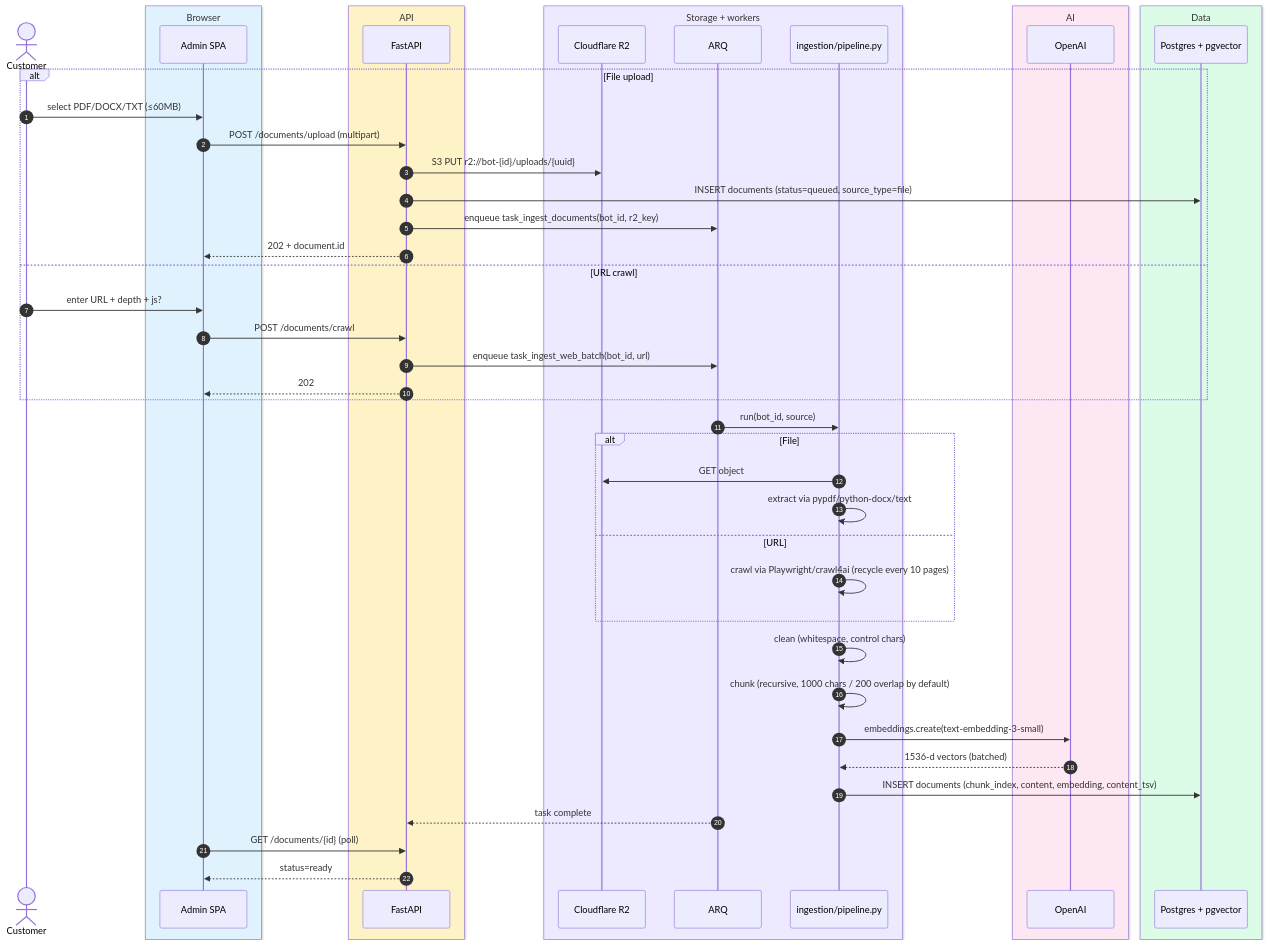
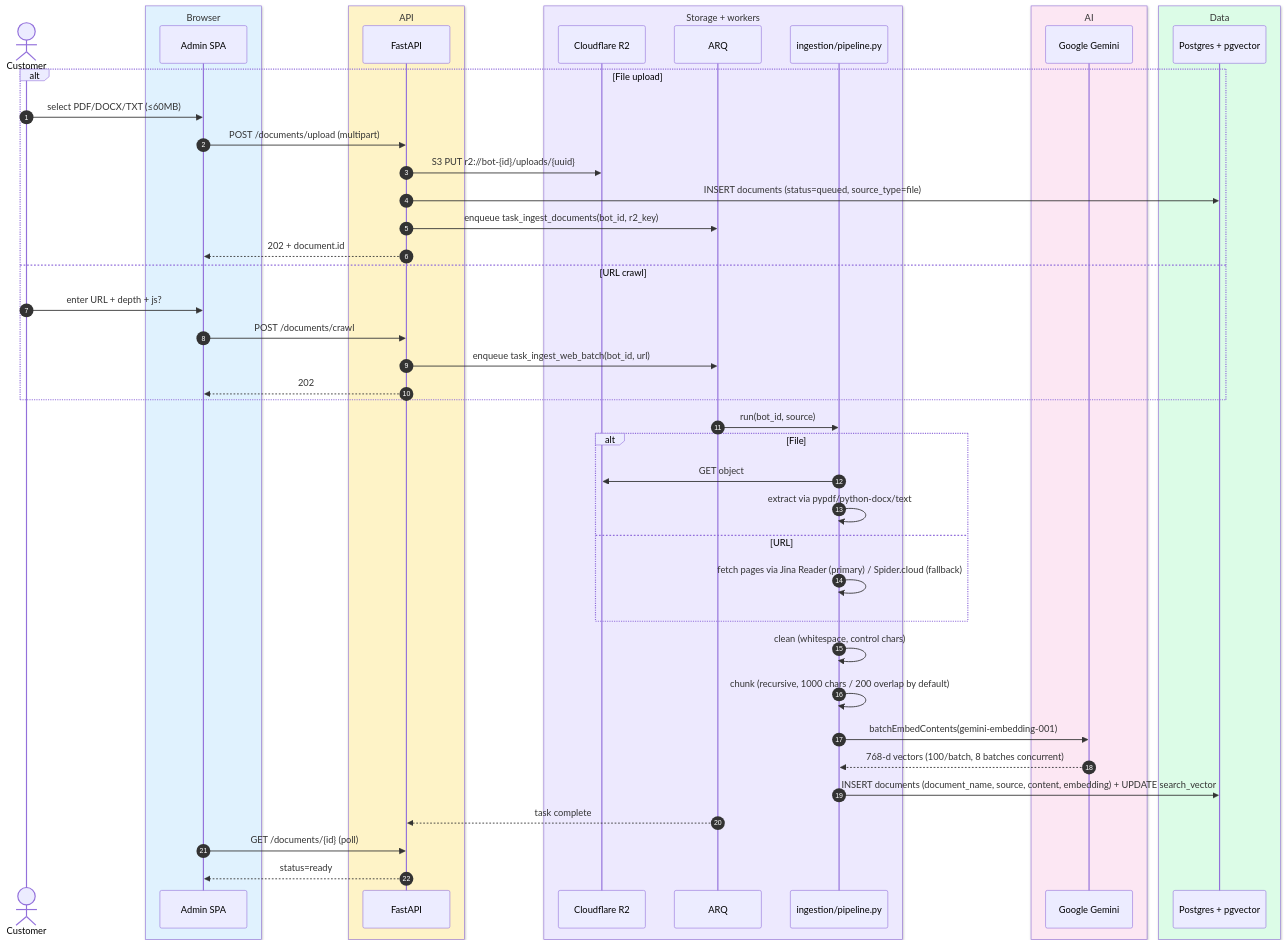
Before and after one commit to digibranders/oye-chats-platform: the diagram in docs/system-design/docs/04-flows/document-ingestion.md, drawn with Mermaid. The commit also changed other lines of this file and 35 other files, not shown here.

First line of the commit message:
docs(system-design): the architecture site described a system two rewrites old

````diff
--- a/docs/system-design/docs/04-flows/document-ingestion.md
+++ b/docs/system-design/docs/04-flows/document-ingestion.md
@@ -11,52 +11,52 @@
 ```mermaid
 sequenceDiagram
     autonumber
     actor Cust as Customer
     box rgb(224,242,254) Browser
       participant Admin as Admin SPA
     end
     box rgb(254,243,199) API
       participant API as FastAPI
     end
     box rgb(237,233,254) Storage + workers
       participant R2 as Cloudflare R2
       participant Worker as ARQ
       participant Pipeline as ingestion/pipeline.py
     end
     box rgb(252,231,243) AI
-      participant OpenAI
+      participant Gemini as Google Gemini
     end
     box rgb(220,252,231) Data
       participant DB as Postgres + pgvector
     end
 
     alt File upload
         Cust->>Admin: select PDF/DOCX/TXT (≤60MB)
         Admin->>API: POST /documents/upload (multipart)
         API->>R2: S3 PUT r2://bot-{id}/uploads/{uuid}
         API->>DB: INSERT documents (status=queued, source_type=file)
         API->>Worker: enqueue task_ingest_documents(bot_id, r2_key)
         API-->>Admin: 202 + document.id
     else URL crawl
         Cust->>Admin: enter URL + depth + js?
         Admin->>API: POST /documents/crawl
         API->>Worker: enqueue task_ingest_web_batch(bot_id, url)
         API-->>Admin: 202
     end
 
     Worker->>Pipeline: run(bot_id, source)
     alt File
         Pipeline->>R2: GET object
         Pipeline->>Pipeline: extract via pypdf/python-docx/text
     else URL
-        Pipeline->>Pipeline: crawl via Playwright/crawl4ai (recycle every 10 pages)
+        Pipeline->>Pipeline: fetch pages via Jina Reader (primary) / Spider.cloud (fallback)
     end
     Pipeline->>Pipeline: clean (whitespace, control chars)
     Pipeline->>Pipeline: chunk (recursive, 1000 chars / 200 overlap by default)
-    Pipeline->>OpenAI: embeddings.create(text-embedding-3-small)
-    OpenAI-->>Pipeline: 1536-d vectors (batched)
-    Pipeline->>DB: INSERT documents (chunk_index, content, embedding, content_tsv)
+    Pipeline->>Gemini: batchEmbedContents(gemini-embedding-001)
+    Gemini-->>Pipeline: 768-d vectors (100/batch, 8 batches concurrent)
+    Pipeline->>DB: INSERT documents (document_name, source, content, embedding) + UPDATE search_vector
     Worker-->>API: task complete
     Admin->>API: GET /documents/{id} (poll)
     API-->>Admin: status=ready
 ```
````
